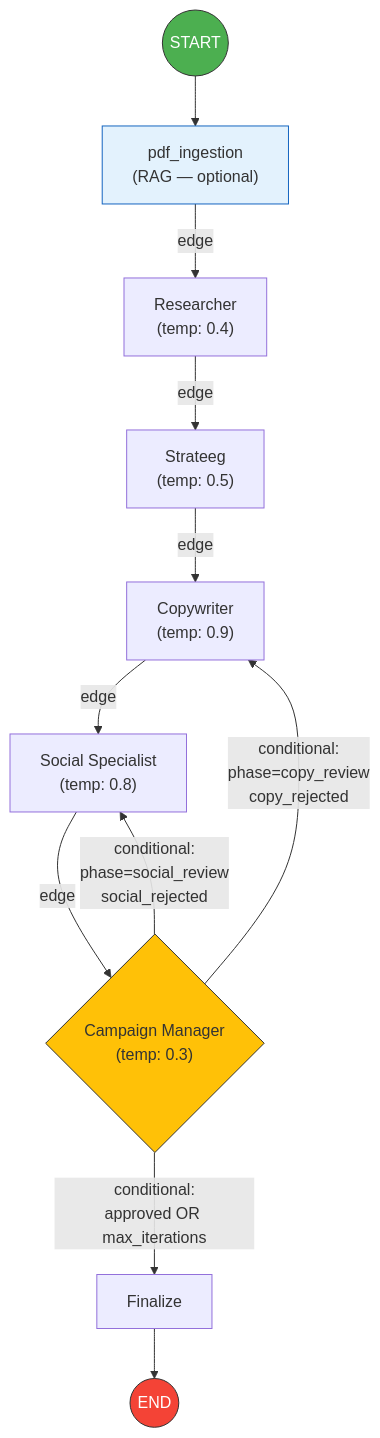
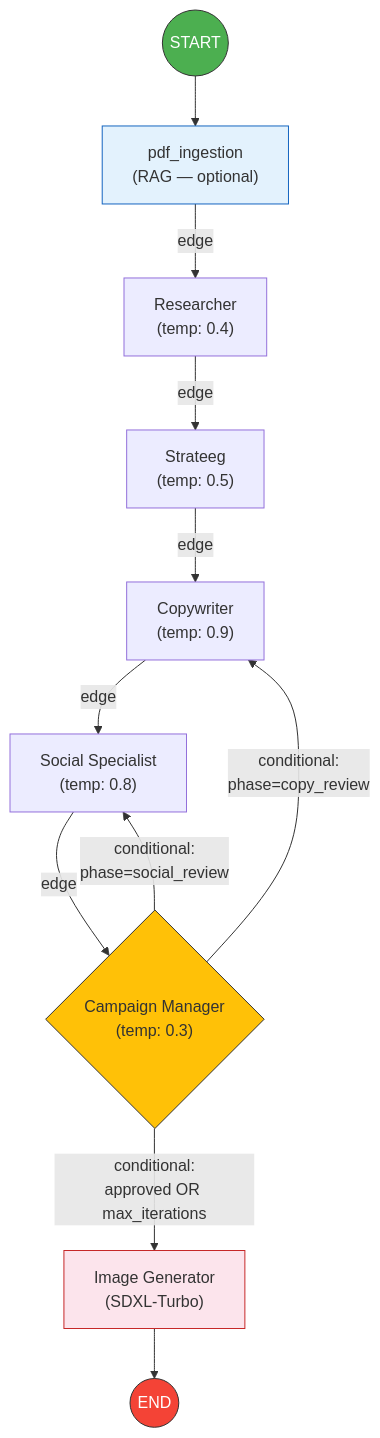
One commit to nickvanhooff/eva-multi-agent changed the first of 3 diagrams in docs/architecture.md. Above: the diagram before and after it, drawn with Mermaid. The commit also changed other lines of this file and 2 other files, not shown here.

First line of the commit message:
docs: README, architecture.md en frontend README bijgewerkt

````diff
--- a/docs/architecture.md
+++ b/docs/architecture.md
@@ -9,19 +9,20 @@
 ```mermaid
 flowchart TD
     START((START)) --> PDF["pdf_ingestion\n(RAG — optional)"]
     PDF -->|edge| R["Researcher\n(temp: 0.4)"]
     R -->|edge| S["Strateeg\n(temp: 0.5)"]
     S -->|edge| CW["Copywriter\n(temp: 0.9)"]
     CW -->|edge| SS["Social Specialist\n(temp: 0.8)"]
     SS -->|edge| CM{"Campaign Manager\n(temp: 0.3)"}
 
-    CM -->|"conditional:\nphase=copy_review\ncopy_rejected"| CW
-    CM -->|"conditional:\nphase=social_review\nsocial_rejected"| SS
-    CM -->|"conditional:\napproved OR max_iterations"| FIN["Finalize"]
-    FIN --> END((END))
+    CM -->|"conditional:\nphase=copy_review"| CW
+    CM -->|"conditional:\nphase=social_review"| SS
+    CM -->|"conditional:\napproved OR max_iterations"| IMG["Image Generator\n(SDXL-Turbo)"]
+    IMG --> END((END))
 
     style START fill:#4CAF50,stroke:#333,color:#fff
     style END fill:#f44336,stroke:#333,color:#fff
     style CM fill:#FFC107,stroke:#333
     style PDF fill:#E3F2FD,stroke:#1565C0
+    style IMG fill:#FCE4EC,stroke:#C62828
 ```
````
